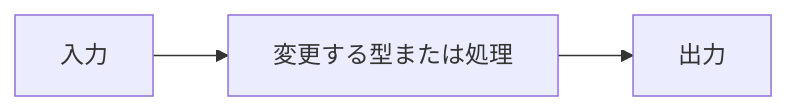
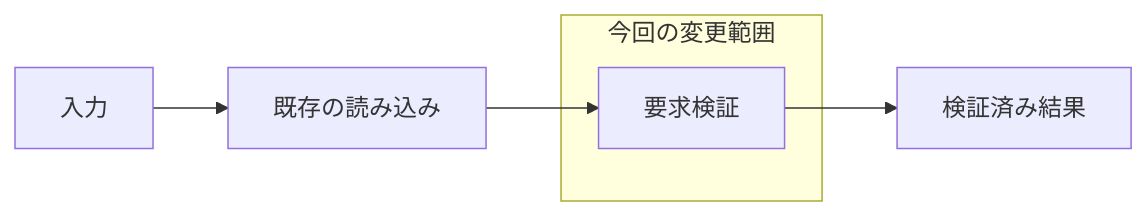
One commit to ssaattww/CodexSkill changed the diagram in skills/design-doc-maintainer/references/design-document-template.md. Above: the diagram before and after it, drawn with Mermaid. The commit also changed other lines of this file and 2 other files, not shown here.

````diff
--- a/skills/design-doc-maintainer/references/design-document-template.md
+++ b/skills/design-doc-maintainer/references/design-document-template.md
@@ -13,5 +13,9 @@
 ```mermaid
 flowchart LR
-    Input[入力] --> ChangedComponent[変更する型または処理]
-    ChangedComponent --> Output[出力]
+    Input[入力] --> ExistingRead[既存の読み込み]
+    ExistingRead --> RequestValidation[要求検証]
+    RequestValidation --> Result[検証済み結果]
+    subgraph ChangeScope[今回の変更範囲]
+        RequestValidation
+    end
 ```
````
